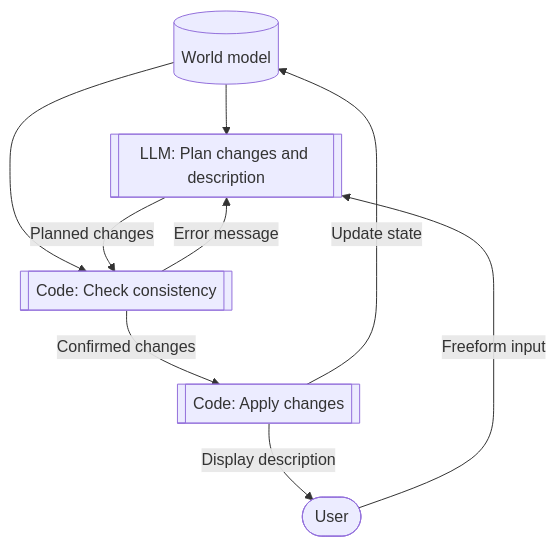
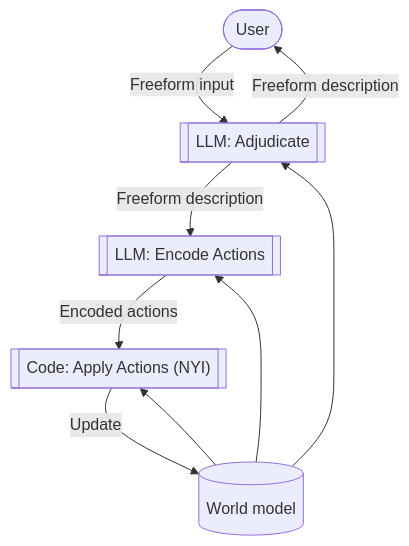
One commit to Anatta336/llm-dungeon changed the diagram in readme.md. Above: the diagram before and after it, drawn with Mermaid. The commit also changed other lines of this file, not shown here.

Commit message:
Update structure documentation

````diff
--- a/readme.md
+++ b/readme.md
@@ -15,18 +15,18 @@
 ```mermaid
 graph TB
 
+user(["User"])
+llmAdjudicate[["LLM: Adjudicate"]]
 world[("World model")]
-planChange[["LLM: Plan changes and description"]]
-check[["Code: Check consistency"]]
-applyChange[["Code: Apply changes"]]
-user(["User"])
+llmEncode[["LLM: Encode Actions"]]
+codeActions[["Code: Apply Actions (NYI)"]]
 
-user --"Freeform input"--> planChange
-world --> planChange
-world --> check
-planChange --"Planned changes"--> check
-check --"Error message"-->planChange
-check --"Confirmed changes"--> applyChange
-applyChange --"Update state"--> world
-applyChange --"Display description"--> user
+user --"Freeform input"--> llmAdjudicate
+world --> llmAdjudicate
+llmAdjudicate --"Freeform description"--> llmEncode
+world --> llmEncode
+llmEncode --"Encoded actions"--> codeActions
+world --> codeActions
+codeActions --"Update"--> world
+llmAdjudicate --"Freeform description"--> user
 ```
````
